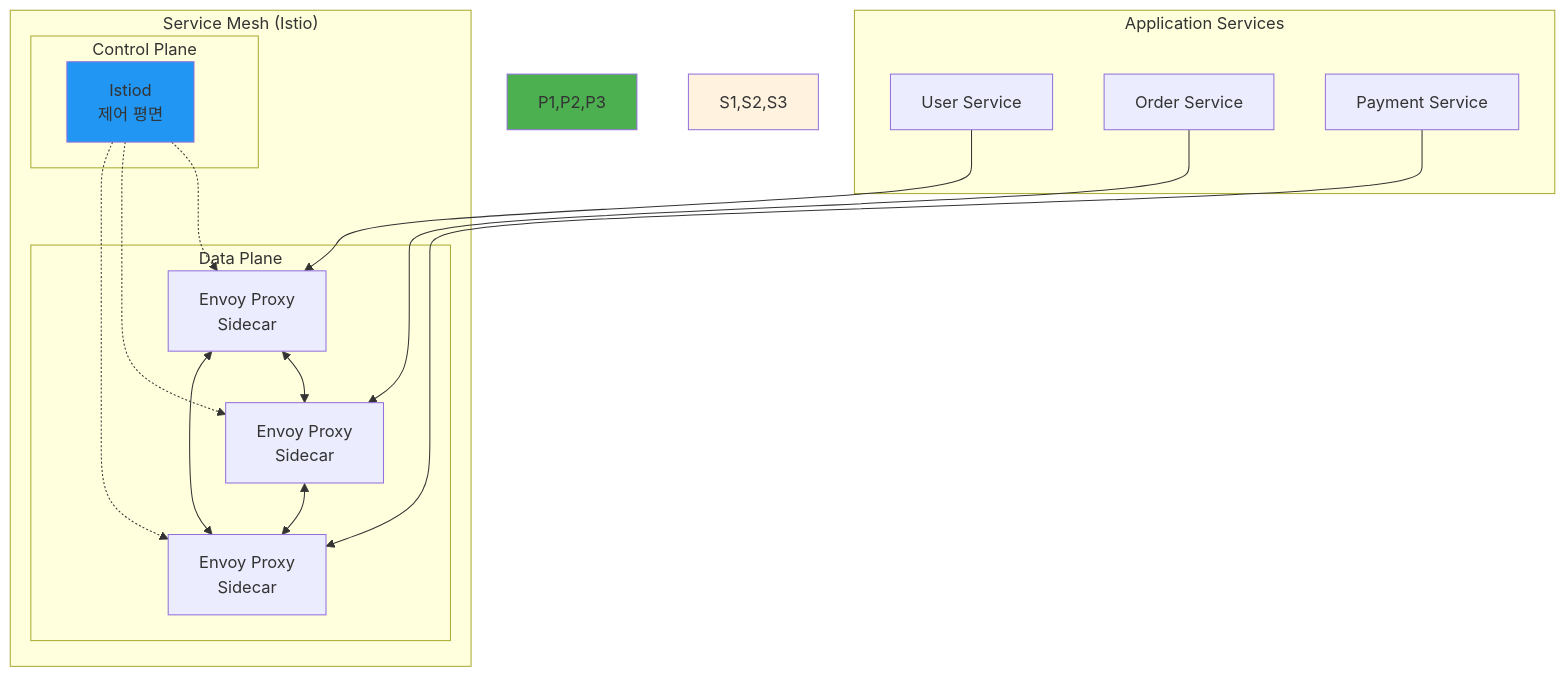
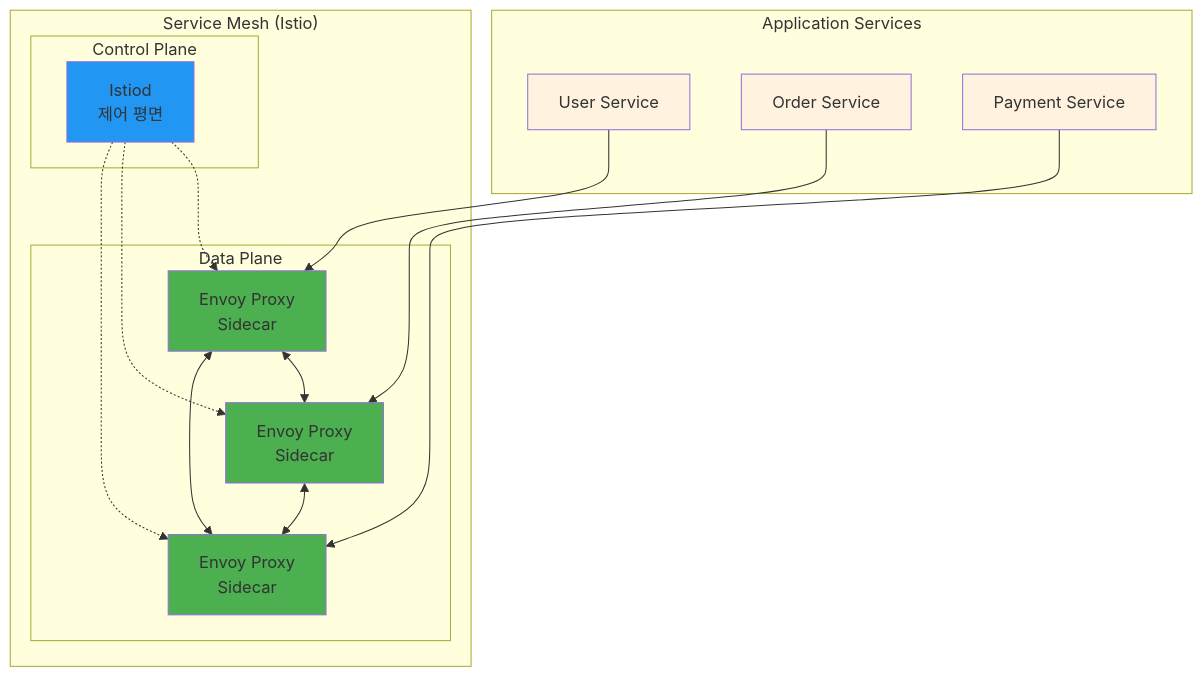
Before and after one commit to niceguy61/kdt_devops_lecture_2025: the second of 2 diagrams in theory/week_04/day1/handson_1.md, drawn with Mermaid.

Commit message:
mermaid style update

````diff
--- a/theory/week_04/day1/handson_1.md
+++ b/theory/week_04/day1/handson_1.md
@@ -147,32 +147,36 @@
 ```mermaid
 graph TB
     subgraph "Service Mesh (Istio)"
         subgraph "Data Plane"
             P1[Envoy Proxy<br/>Sidecar]
             P2[Envoy Proxy<br/>Sidecar]
             P3[Envoy Proxy<br/>Sidecar]
         end
         
         subgraph "Control Plane"
             ISTIOD[Istiod<br/>제어 평면]
         end
     end
     
     subgraph "Application Services"
         S1[User Service] --> P1
         S2[Order Service] --> P2
         S3[Payment Service] --> P3
     end
     
     ISTIOD -.-> P1
     ISTIOD -.-> P2
     ISTIOD -.-> P3
     
     P1 <--> P2
     P2 <--> P3
     P1 <--> P3
     
-    style P1,P2,P3 fill:#4caf50
+    style P1 fill:#4caf50
+    style P2 fill:#4caf50
+    style P3 fill:#4caf50
     style ISTIOD fill:#2196f3
-    style S1,S2,S3 fill:#fff3e0
+    style S1 fill:#fff3e0
+    style S2 fill:#fff3e0
+    style S3 fill:#fff3e0
 ```
````
